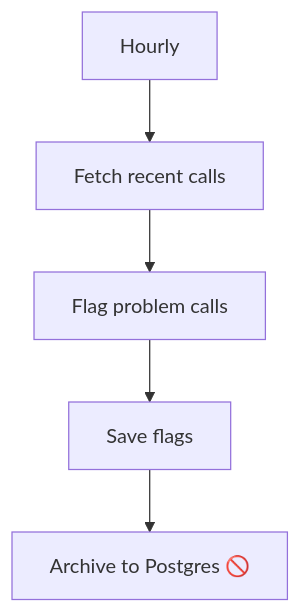
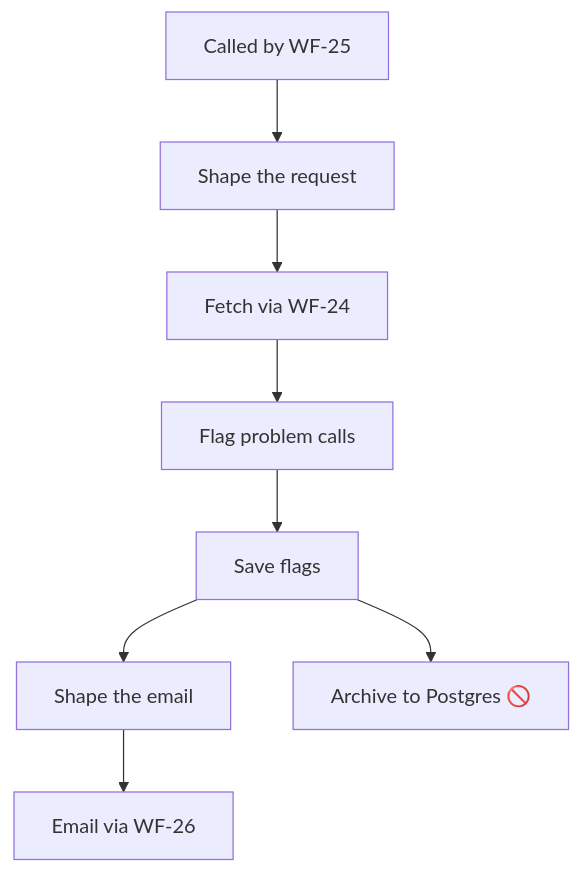
One commit to servetechg/Palmleaf-AI-Receptionist changed the diagram in Docs/generated/workflows/WF-22.md. Above: the diagram before and after it, drawn with Mermaid. The commit also changed other lines of this file and 238 other files, not shown here.

````diff
--- a/Docs/generated/workflows/WF-22.md
+++ b/Docs/generated/workflows/WF-22.md
@@ -13,12 +19,18 @@
 ```mermaid
 flowchart TD
-    n0[Hourly]
-    n1[Fetch recent calls]
-    n2[Flag problem calls]
-    n3[Save flags]
-    n4[Archive to Postgres 🚫]
+    n0[Called by WF-25]
+    n1[Shape the request]
+    n2[Fetch via WF-24]
+    n3[Flag problem calls]
+    n4[Save flags]
+    n5[Shape the email]
+    n6[Email via WF-26]
+    n7[Archive to Postgres 🚫]
     n0 -->n1
     n1 -->n2
     n2 -->n3
     n3 -->n4
+    n4 -->n5
+    n4 -->n7
+    n5 -->n6
 ```
````
